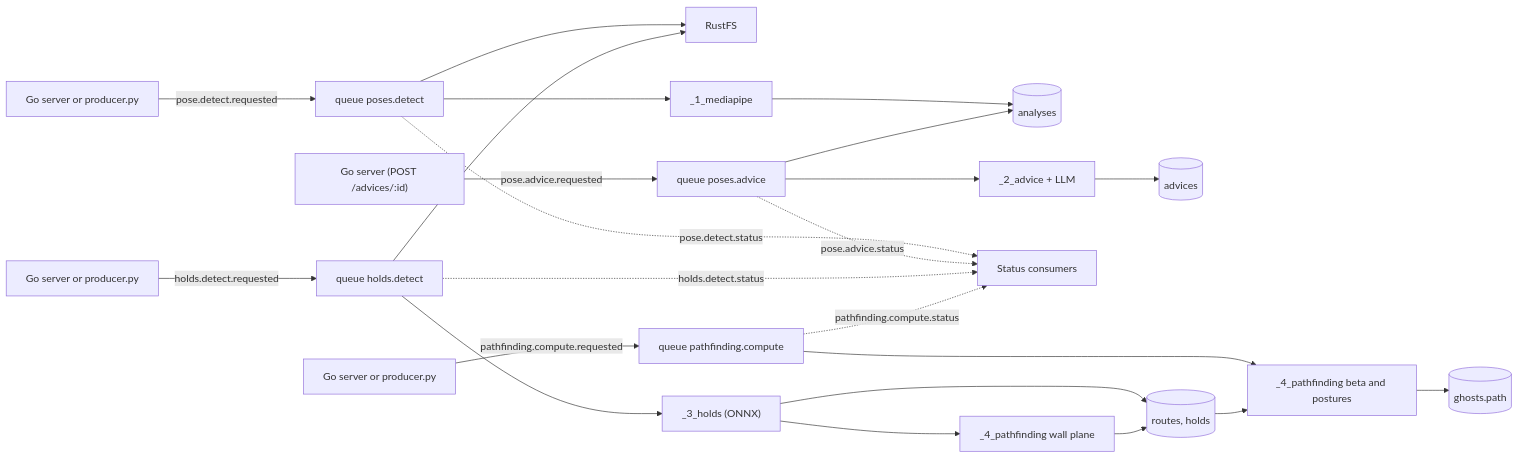
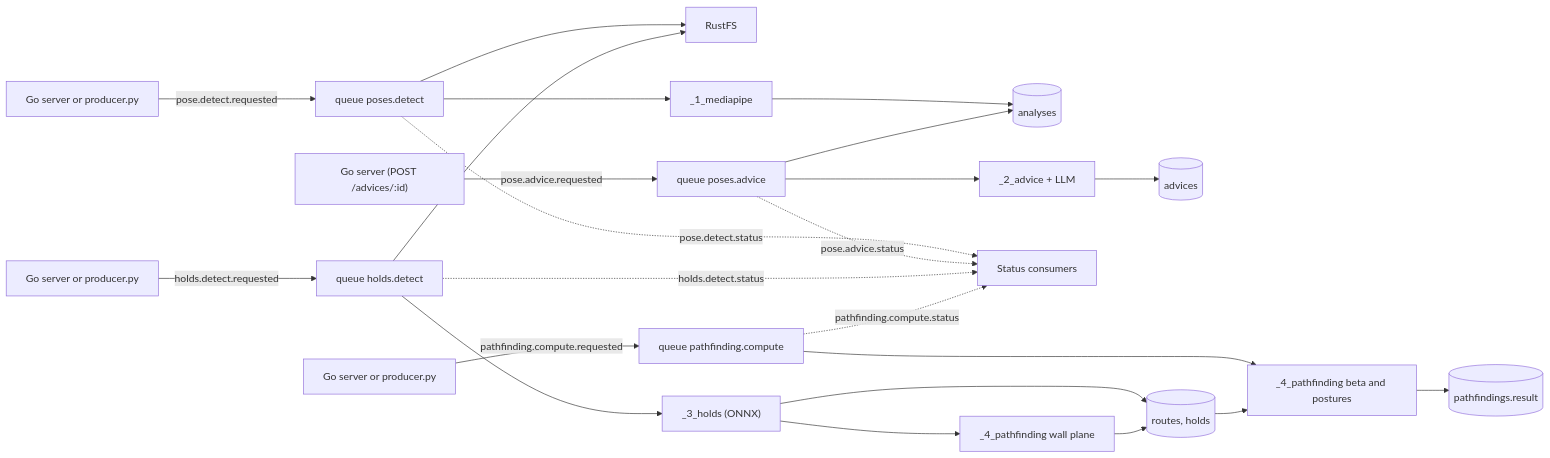
The diagram in apps/ai/README.md (Ascension-EIP/Ascension), drawn with Mermaid before and after one commit. The commit also changed other lines of this file and 5 other files, not shown here.

````diff
--- a/apps/ai/README.md
+++ b/apps/ai/README.md
@@ -35,25 +35,25 @@
 ```mermaid
 flowchart LR
     Producer["Go server or producer.py"] -->|"pose.detect.requested"| Detect["queue poses.detect"]
     Detect --> S3["RustFS"]
     Detect --> Steps["_1_mediapipe"]
     Steps --> DB[("analyses")]
     Server["Go server (POST /advices/:id)"] -->|"pose.advice.requested"| Advice["queue poses.advice"]
     Advice --> DB
     Advice --> LLM["_2_advice + LLM"]
     LLM --> ADV[("advices")]
     Detect -.->|"pose.detect.status"| Events["Status consumers"]
     Advice -.->|"pose.advice.status"| Events
     RouteServer["Go server or producer.py"] -->|"holds.detect.requested"| Holds["queue holds.detect"]
     Holds --> S3
     Holds --> HoldSteps["_3_holds (ONNX)"]
     HoldSteps --> HDB[("routes, holds")]
     Holds -.->|"holds.detect.status"| Events
     HoldSteps --> Wall["_4_pathfinding wall plane"]
     Wall --> HDB
     PathServer["Go server or producer.py"] -->|"pathfinding.compute.requested"| PathQueue["queue pathfinding.compute"]
     PathQueue --> PathSteps["_4_pathfinding beta and postures"]
     HDB --> PathSteps
-    PathSteps --> GDB[("ghosts.path")]
+    PathSteps --> GDB[("pathfindings.result")]
     PathQueue -.->|"pathfinding.compute.status"| Events
 ```
````
